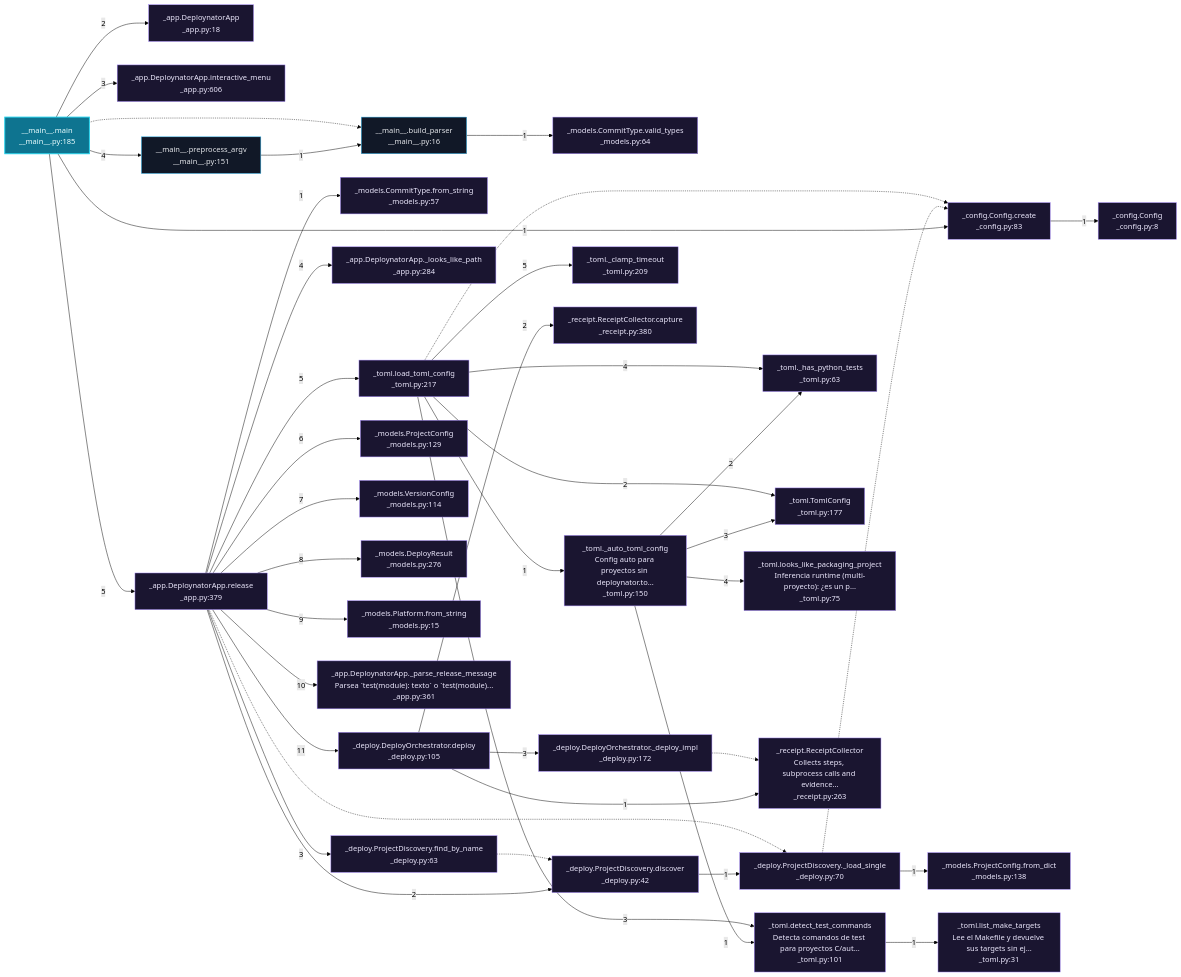
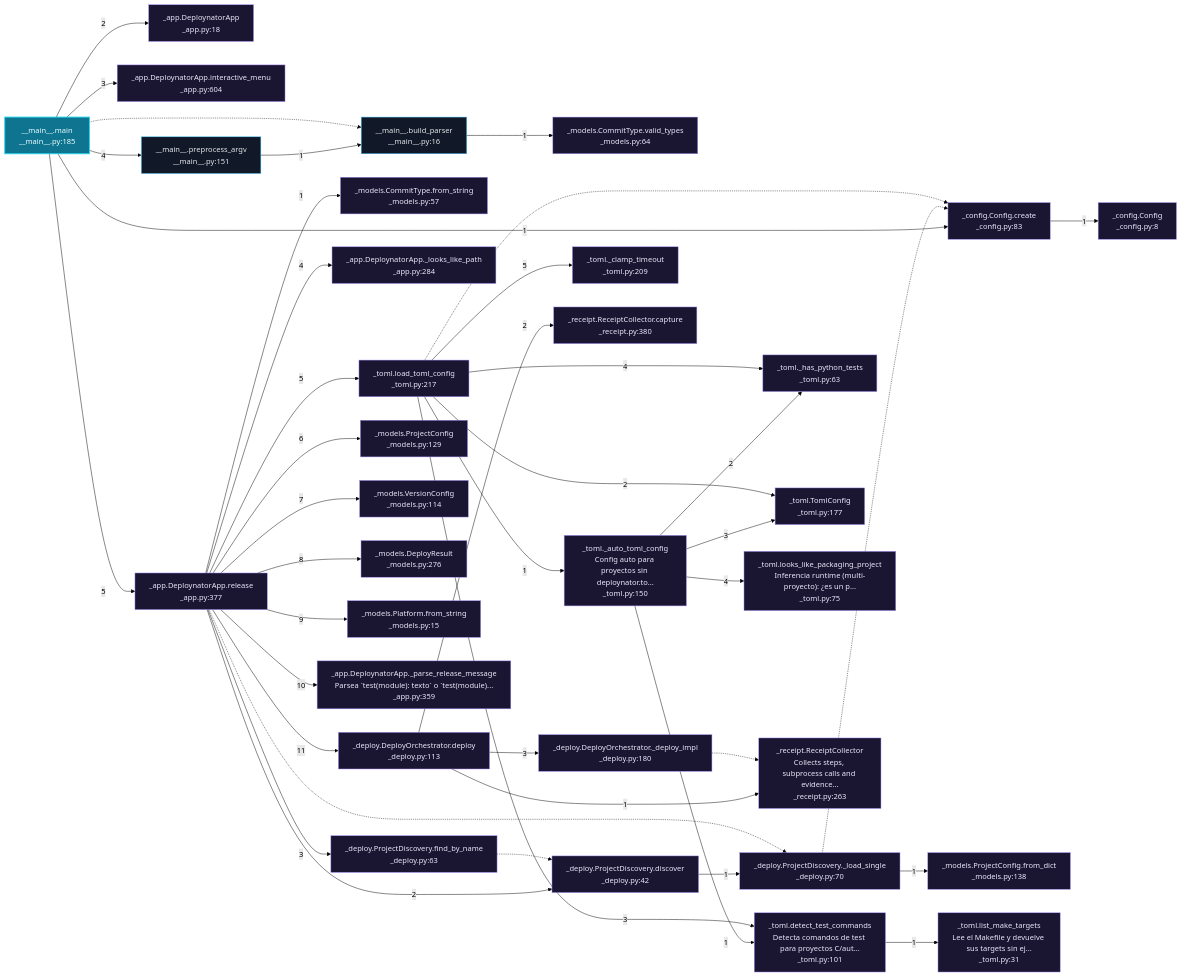
One commit to grisuno/deploynator changed the sixth of 9 diagrams in readmenator-apidocs/architecture.md. Above: the diagram before and after it, drawn with Mermaid (forest theme). The commit also changed other lines of this file and 56 other files, not shown here.

````diff
--- a/readmenator-apidocs/architecture.md
+++ b/readmenator-apidocs/architecture.md
@@ -321,78 +321,78 @@
 ```mermaid
 flowchart LR
     classDef default fill:#111827,stroke:#38bdf8,color:#e5e7eb;
     classDef entry fill:#0e7490,stroke:#22d3ee,color:#ecfeff,stroke-width:2px;
     classDef external fill:#1a1530,stroke:#a78bfa,color:#ede9fe;
     n_deploynator___main___py__main["__main__.main<br/>__main__.py:185"]:::entry
     n_deploynator__config_py__create["_config.Config.create<br/>_config.py:83"]:::external
     n_deploynator__config_py__Config["_config.Config<br/>_config.py:8"]:::external
     n_deploynator__app_py__DeploynatorApp["_app.DeploynatorApp<br/>_app.py:18"]:::external
-    n_deploynator__app_py__interactive_menu["_app.DeploynatorApp.interactive_menu<br/>_app.py:606"]:::external
+    n_deploynator__app_py__interactive_menu["_app.DeploynatorApp.interactive_menu<br/>_app.py:604"]:::external
     n_deploynator___main___py__preprocess_argv["__main__.preprocess_argv<br/>__main__.py:151"]:::default
     n_deploynator___main___py__build_parser["__main__.build_parser<br/>__main__.py:16"]:::default
     n_deploynator__models_py__valid_types["_models.CommitType.valid_types<br/>_models.py:64"]:::external
-    n_deploynator__app_py__release["_app.DeploynatorApp.release<br/>_app.py:379"]:::external
+    n_deploynator__app_py__release["_app.DeploynatorApp.release<br/>_app.py:377"]:::external
     n_deploynator__models_py__from_string_57["_models.CommitType.from_string<br/>_models.py:57"]:::external
     n_deploynator__deploy_py__discover["_deploy.ProjectDiscovery.discover<br/>_deploy.py:42"]:::external
     n_deploynator__deploy_py___load_single["_deploy.ProjectDiscovery._load_single<br/>_deploy.py:70"]:::external
     n_deploynator__models_py__from_dict_138["_models.ProjectConfig.from_dict<br/>_models.py:138"]:::external
     n_deploynator__deploy_py__find_by_name["_deploy.ProjectDiscovery.find_by_name<br/>_deploy.py:63"]:::external
     n_deploynator__app_py___looks_like_path["_app.DeploynatorApp._looks_like_path<br/>_app.py:284"]:::external
     n_deploynator__toml_py__load_toml_config["_toml.load_toml_config<br/>_toml.py:217"]:::external
     n_deploynator__toml_py___auto_toml_config["_toml._auto_toml_config<br/>Config auto para proyectos sin deploynator.to...<br/>_toml.py:150"]:::external
     n_deploynator__toml_py__detect_test_commands["_toml.detect_test_commands<br/>Detecta comandos de test para proyectos C/aut...<br/>_toml.py:101"]:::external
     n_deploynator__toml_py___has_python_tests["_toml._has_python_tests<br/>_toml.py:63"]:::external
     n_deploynator__toml_py__TomlConfig["_toml.TomlConfig<br/>_toml.py:177"]:::external
     n_deploynator__toml_py__looks_like_packaging_project["_toml.looks_like_packaging_project<br/>Inferencia runtime (multi-proyecto): ¿es un p...<br/>_toml.py:75"]:::external
     n_deploynator__toml_py__list_make_targets["_toml.list_make_targets<br/>Lee el Makefile y devuelve sus targets sin ej...<br/>_toml.py:31"]:::external
     n_deploynator__toml_py___clamp_timeout["_toml._clamp_timeout<br/>_toml.py:209"]:::external
     n_deploynator__models_py__ProjectConfig["_models.ProjectConfig<br/>_models.py:129"]:::external
     n_deploynator__models_py__VersionConfig["_models.VersionConfig<br/>_models.py:114"]:::external
     n_deploynator__models_py__DeployResult["_models.DeployResult<br/>_models.py:276"]:::external
     n_deploynator__models_py__from_string["_models.Platform.from_string<br/>_models.py:15"]:::external
-    n_deploynator__app_py___parse_release_message["_app.DeploynatorApp._parse_release_message<br/>Parsea #96;test(module): texto#96; o #96;test(module)...<br/>_app.py:361"]:::external
-    n_deploynator__deploy_py__deploy["_deploy.DeployOrchestrator.deploy<br/>_deploy.py:105"]:::external
+    n_deploynator__app_py___parse_release_message["_app.DeploynatorApp._parse_release_message<br/>Parsea #96;test(module): texto#96; o #96;test(module)...<br/>_app.py:359"]:::external
+    n_deploynator__deploy_py__deploy["_deploy.DeployOrchestrator.deploy<br/>_deploy.py:113"]:::external
     n_deploynator__receipt_py__ReceiptCollector["_receipt.ReceiptCollector<br/>Collects steps, subprocess calls and evidence...<br/>_receipt.py:263"]:::external
     n_deploynator__receipt_py__capture["_receipt.ReceiptCollector.capture<br/>_receipt.py:380"]:::external
-    n_deploynator__deploy_py___deploy_impl["_deploy.DeployOrchestrator._deploy_impl<br/>_deploy.py:172"]:::external
+    n_deploynator__deploy_py___deploy_impl["_deploy.DeployOrchestrator._deploy_impl<br/>_deploy.py:180"]:::external
     n_deploynator___main___py__main -->|"1"| n_deploynator__config_py__create
     n_deploynator__config_py__create -->|"1"| n_deploynator__config_py__Config
     n_deploynator___main___py__main -->|"2"| n_deploynator__app_py__DeploynatorApp
     n_deploynator___main___py__main -->|"3"| n_deploynator__app_py__interactive_menu
     n_deploynator___main___py__main -->|"4"| n_deploynator___main___py__preprocess_argv
     n_deploynator___main___py__preprocess_argv -->|"1"| n_deploynator___main___py__build_parser
     n_deploynator___main___py__build_parser -->|"1"| n_deploynator__models_py__valid_types
     n_deploynator___main___py__main -.-> n_deploynator___main___py__build_parser
     n_deploynator___main___py__main -->|"5"| n_deploynator__app_py__release
     n_deploynator__app_py__release -->|"1"| n_deploynator__models_py__from_string_57
     n_deploynator__app_py__release -->|"2"| n_deploynator__deploy_py__discover
     n_deploynator__deploy_py__discover -->|"1"| n_deploynator__deploy_py___load_single
     n_deploynator__deploy_py___load_single -.-> n_deploynator__config_py__create
     n_deploynator__deploy_py___load_single -->|"1"| n_deploynator__models_py__from_dict_138
     n_deploynator__app_py__release -->|"3"| n_deploynator__deploy_py__find_by_name
     n_deploynator__deploy_py__find_by_name -.-> n_deploynator__deploy_py__discover
     n_deploynator__app_py__release -->|"4"| n_deploynator__app_py___looks_like_path
     n_deploynator__app_py__release -->|"5"| n_deploynator__toml_py__load_toml_config
     n_deploynator__toml_py__load_toml_config -->|"1"| n_deploynator__toml_py___auto_toml_config
     n_deploynator__toml_py___auto_toml_config -->|"1"| n_deploynator__toml_py__detect_test_commands
     n_deploynator__toml_py___auto_toml_config -->|"2"| n_deploynator__toml_py___has_python_tests
     n_deploynator__toml_py___auto_toml_config -->|"3"| n_deploynator__toml_py__TomlConfig
     n_deploynator__toml_py___auto_toml_config -->|"4"| n_deploynator__toml_py__looks_like_packaging_project
     n_deploynator__toml_py__load_toml_config -->|"2"| n_deploynator__toml_py__TomlConfig
     n_deploynator__toml_py__load_toml_config -.-> n_deploynator__config_py__create
     n_deploynator__toml_py__load_toml_config -->|"3"| n_deploynator__toml_py__detect_test_commands
     n_deploynator__toml_py__detect_test_commands -->|"1"| n_deploynator__toml_py__list_make_targets
     n_deploynator__toml_py__load_toml_config -->|"4"| n_deploynator__toml_py___has_python_tests
     n_deploynator__toml_py__load_toml_config -->|"5"| n_deploynator__toml_py___clamp_timeout
     n_deploynator__app_py__release -->|"6"| n_deploynator__models_py__ProjectConfig
     n_deploynator__app_py__release -->|"7"| n_deploynator__models_py__VersionConfig
     n_deploynator__app_py__release -.-> n_deploynator__deploy_py___load_single
     n_deploynator__app_py__release -->|"8"| n_deploynator__models_py__DeployResult
     n_deploynator__app_py__release -->|"9"| n_deploynator__models_py__from_string
     n_deploynator__app_py__release -->|"10"| n_deploynator__app_py___parse_release_message
     n_deploynator__app_py__release -->|"11"| n_deploynator__deploy_py__deploy
     n_deploynator__deploy_py__deploy -->|"1"| n_deploynator__receipt_py__ReceiptCollector
     n_deploynator__deploy_py__deploy -->|"2"| n_deploynator__receipt_py__capture
     n_deploynator__deploy_py__deploy -->|"3"| n_deploynator__deploy_py___deploy_impl
     n_deploynator__deploy_py___deploy_impl -.-> n_deploynator__receipt_py__ReceiptCollector
 ```
````
